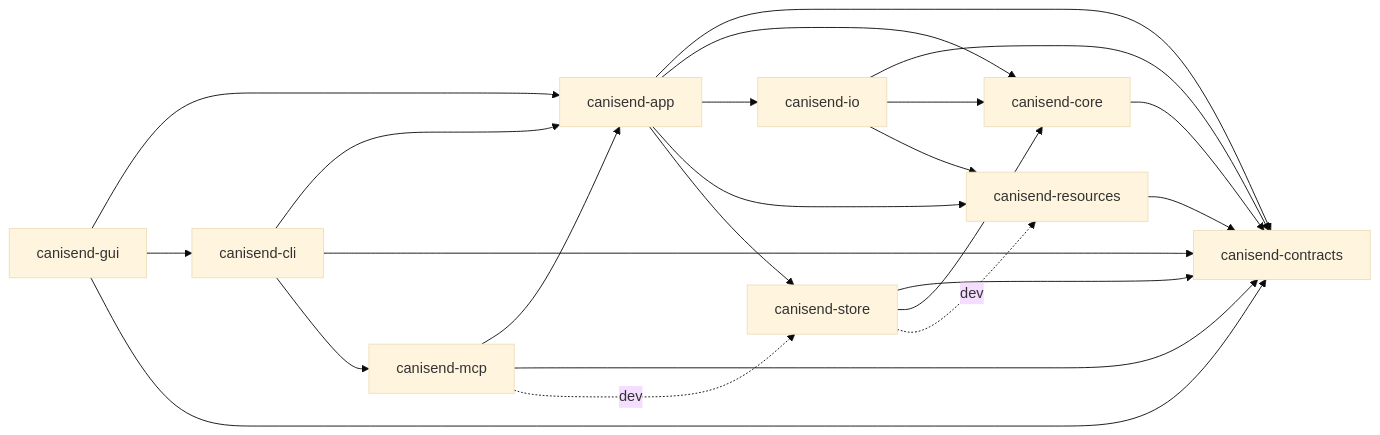
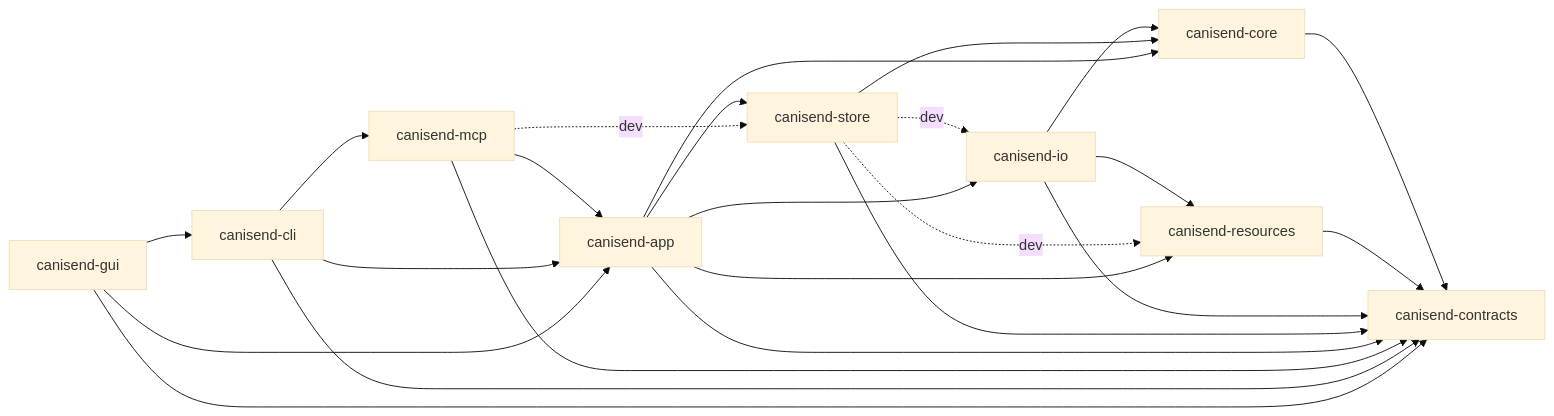
One commit to jxpeng98/CanISend changed the second of 2 diagrams in docs/architecture/rust-native/decisions/0019-current-product-graph.md. Above: the diagram before and after it, drawn with Mermaid (base theme). The commit also changed other lines of this file and 33 other files, not shown here.

First line of the commit message:
refactor(architecture): decouple store rendering from io

````diff
--- a/docs/architecture/rust-native/decisions/0019-current-product-graph.md
+++ b/docs/architecture/rust-native/decisions/0019-current-product-graph.md
@@ -104,35 +104,36 @@
 ```mermaid
 flowchart LR
     contracts["canisend-contracts"]
     core["canisend-core"]
     resources["canisend-resources"]
     io["canisend-io"]
     store["canisend-store"]
     app["canisend-app"]
     mcp["canisend-mcp"]
     cli["canisend-cli"]
     gui["canisend-gui"]
 
     core --> contracts
     resources --> contracts
     io --> contracts
     io --> core
     io --> resources
     store --> contracts
     store --> core
+    store -. dev .-> io
     store -. dev .-> resources
     app --> contracts
     app --> core
     app --> io
     app --> resources
     app --> store
     mcp --> app
     mcp --> contracts
     mcp -. dev .-> store
     cli --> app
     cli --> contracts
     cli --> mcp
     gui --> app
     gui --> cli
     gui --> contracts
 ```
````
